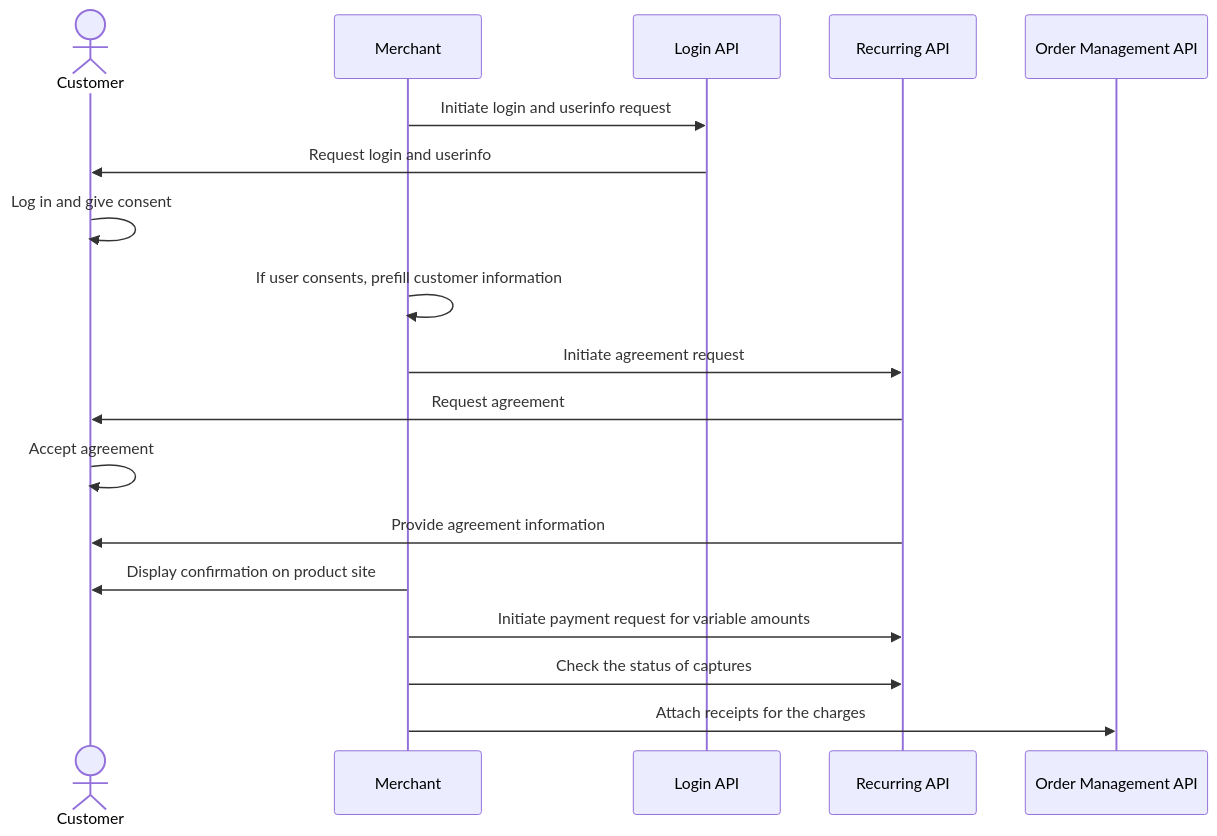
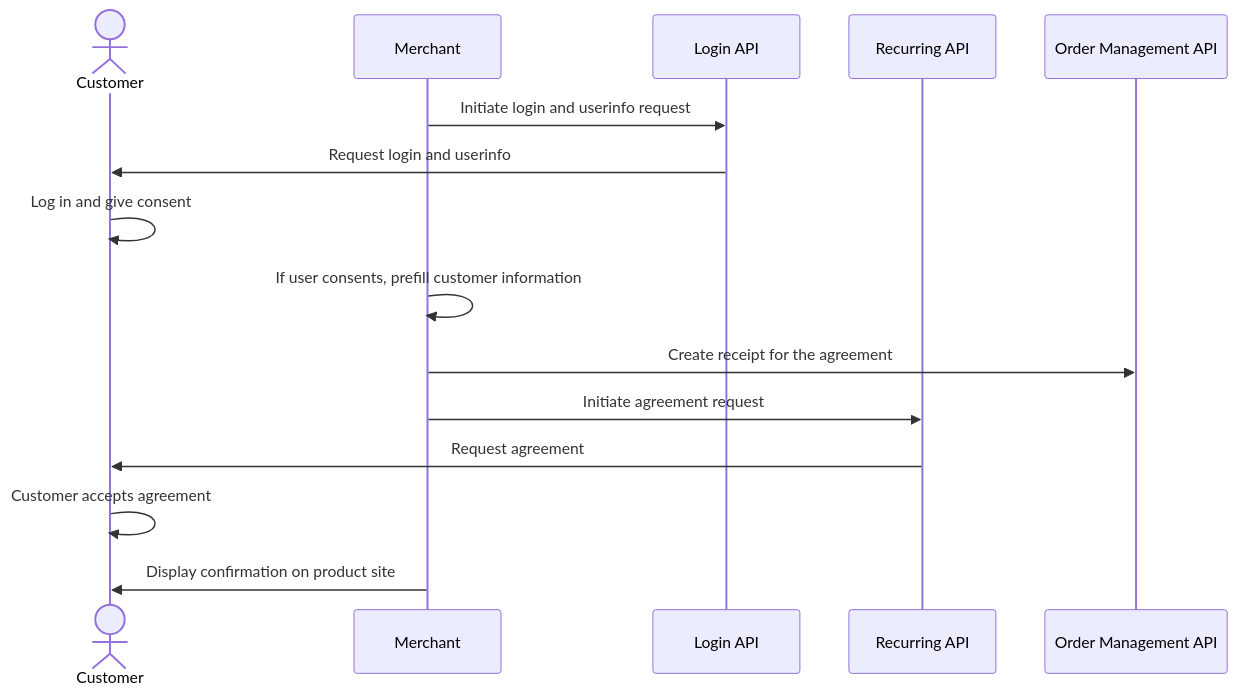
One commit to vippsas/vipps-solutions changed the first of 2 diagrams in parking/README.md. Above: the diagram before and after it, drawn with Mermaid. The commit also changed other lines of this file and 5 other files, not shown here.

Commit message:
Updates to seq diagrams

````diff
--- a/parking/README.md
+++ b/parking/README.md
@@ -217,21 +217,18 @@
 ``` mermaid
 sequenceDiagram
     actor C as Customer
     participant M as Merchant
     participant Login as Login API
     participant Recurring as Recurring API
     participant ordermanagement as Order Management API
 
     M->>Login: Initiate login and userinfo request
     Login->>C: Request login and userinfo
     C->>C: Log in and give consent
     M->>M: If user consents, prefill customer information
+    M->> ordermanagement: Create receipt for the agreement
     M->>Recurring: Initiate agreement request
     Recurring->>C: Request agreement
-    C->>C: Accept agreement
-    Recurring->>C: Provide agreement information
+    C->>C: Customer accepts agreement
     M->>C: Display confirmation on product site
-    M->>Recurring: Initiate payment request for variable amounts
-    M->>Recurring: Check the status of captures
-    M->> ordermanagement: Attach receipts for the charges
 ```
````
